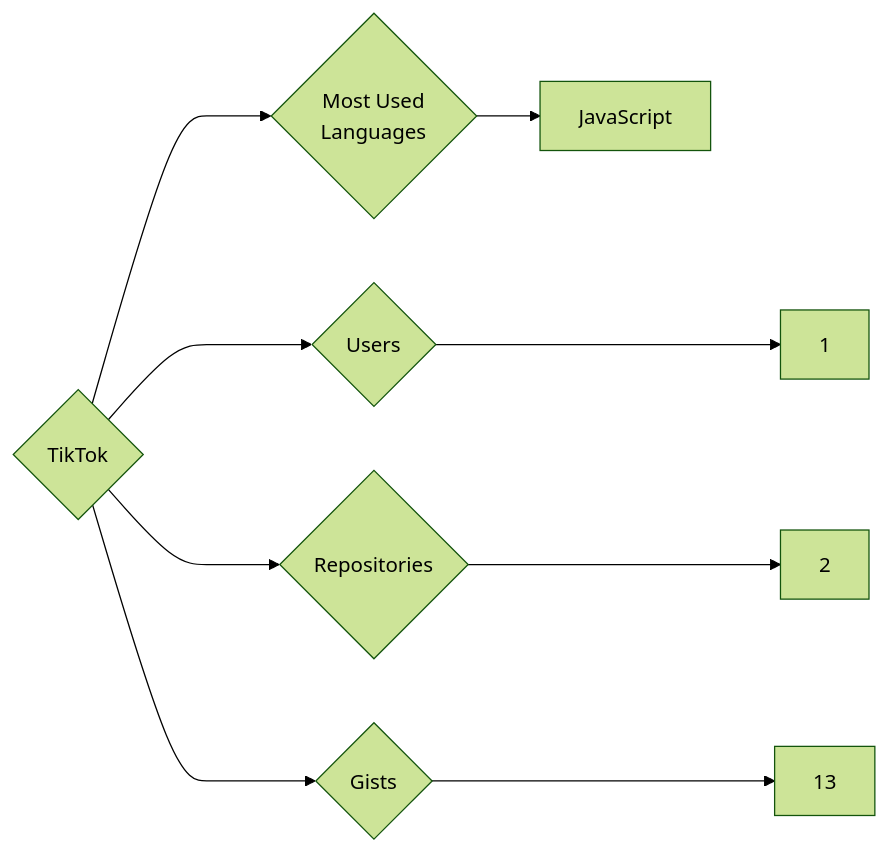
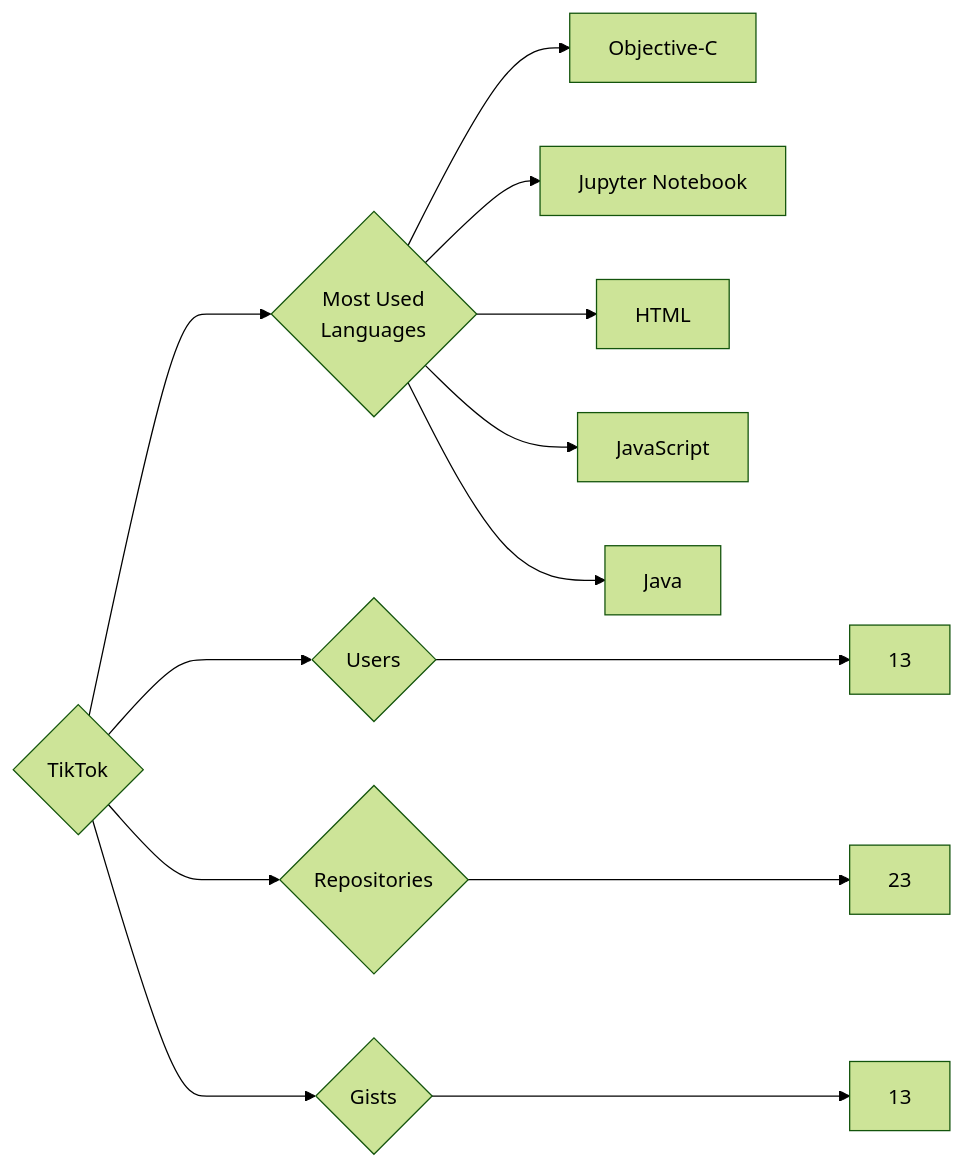
The diagram in targets/TikTok/README.md (trickest/insiders), drawn with Mermaid (forest theme) before and after one commit. The commit also changed 787 other files, not shown here.

````diff
--- a/targets/TikTok/README.md
+++ b/targets/TikTok/README.md
@@ -3,9 +3,13 @@
 ```mermaid
 graph LR
 COMPANY_NAME{TikTok}
-COMPANY_NAME ---> U{Users} ---> UN[1]
-COMPANY_NAME ---> R{Repositories} ---> RN[2]
+COMPANY_NAME ---> U{Users} ---> UN[13]
+COMPANY_NAME ---> R{Repositories} ---> RN[23]
 COMPANY_NAME ---> G{Gists} ---> GN[13]
 COMPANY_NAME ---> ML{Most Used<br>Languages}
+ML --> Objective-C[Objective-C]
+ML --> Jupyter_Notebook[Jupyter Notebook]
+ML --> HTML[HTML]
 ML --> JavaScript[JavaScript]
+ML --> Java[Java]
 ```
````
